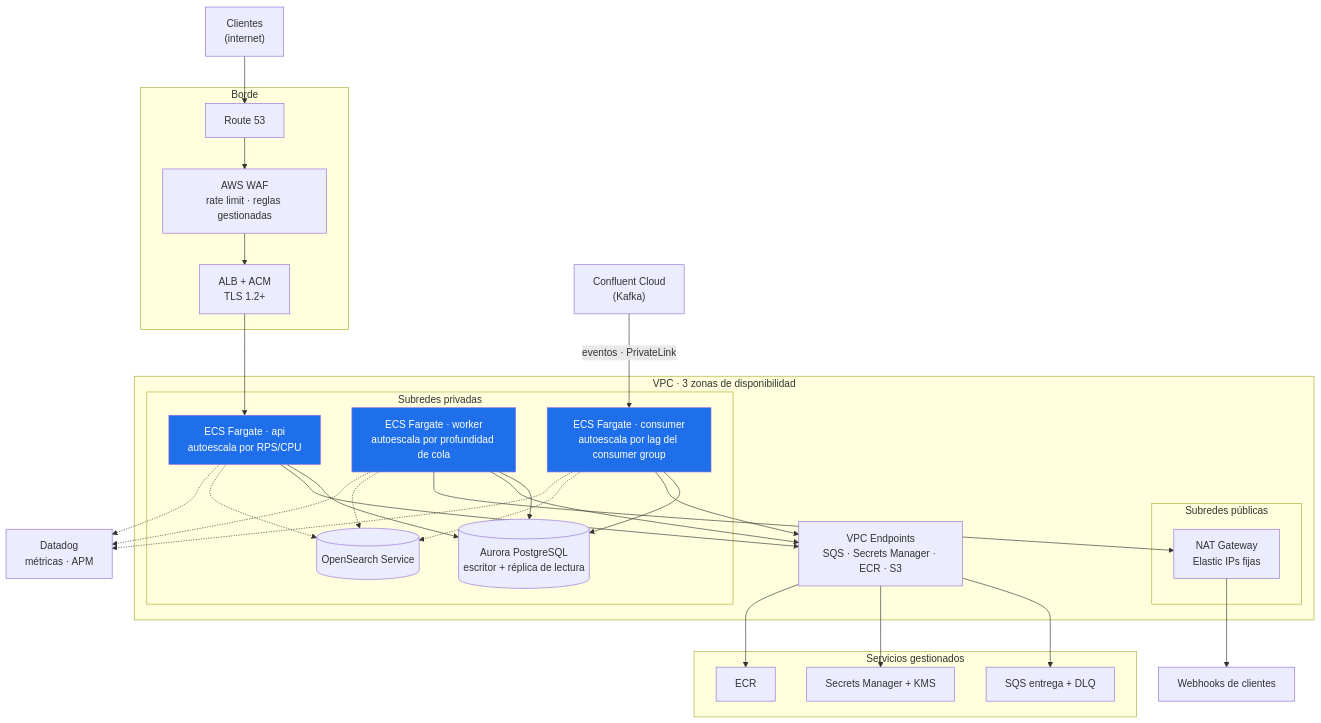
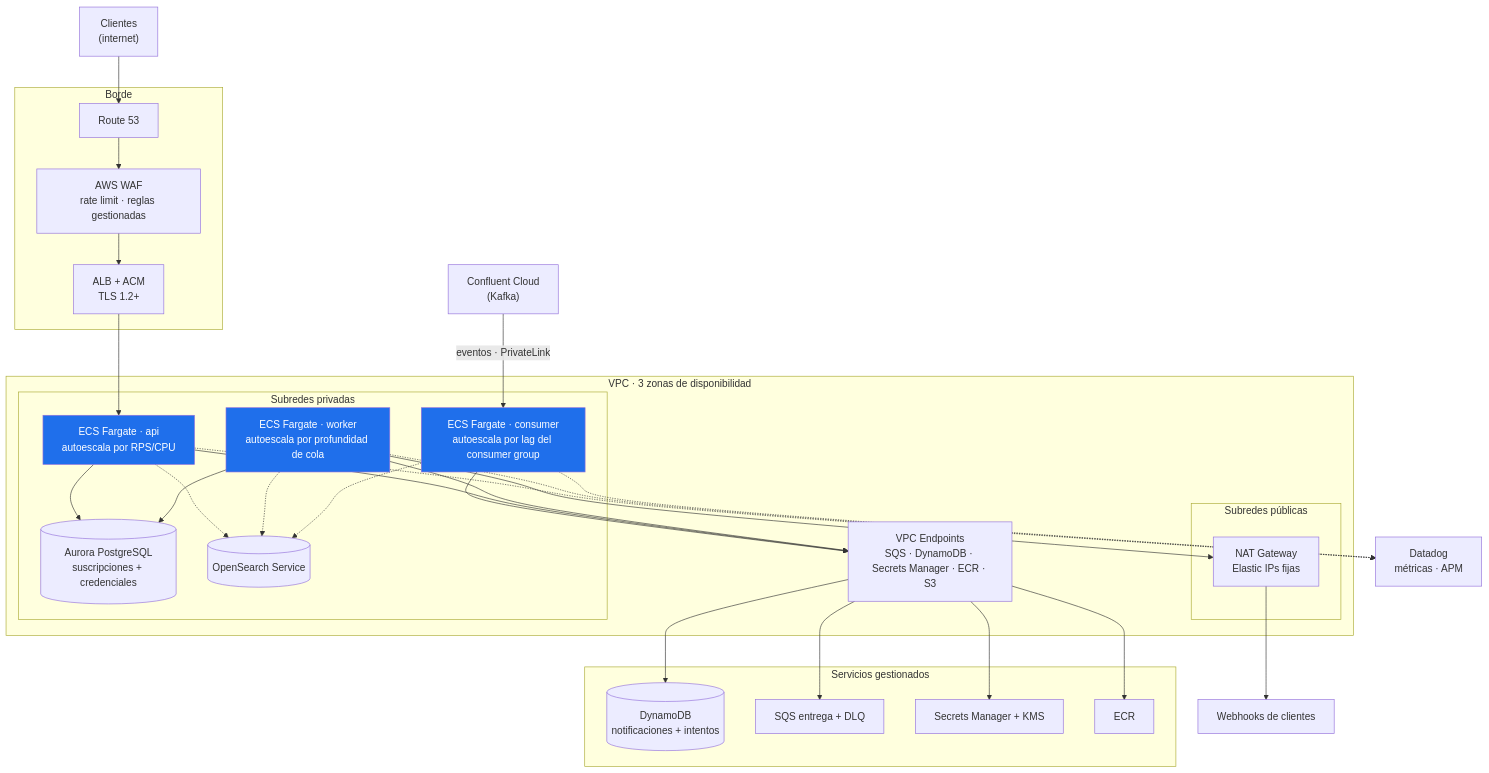
One commit to ssalaza7/cobre-notification-delivery changed the seventh of 7 diagrams in docs/01-diseno-del-sistema.md. Above: the diagram before and after it, drawn with Mermaid. The commit also changed other lines of this file and 4 other files, not shown here.

First line of the commit message:
docs: los diagramas y la documentacion reflejan los dos almacenes

````diff
--- a/docs/01-diseno-del-sistema.md
+++ b/docs/01-diseno-del-sistema.md
@@ -411,56 +419,57 @@
 ```mermaid
 flowchart TB
     users["Clientes<br/>(internet)"]
 
     subgraph edge["Borde"]
         r53["Route 53"]
         waf["AWS WAF<br/>rate limit · reglas gestionadas"]
         alb["ALB + ACM<br/>TLS 1.2+"]
     end
 
     subgraph vpc["VPC · 3 zonas de disponibilidad"]
         subgraph pub["Subredes públicas"]
             nat["NAT Gateway<br/>Elastic IPs fijas"]
         end
         subgraph priv["Subredes privadas"]
             api["ECS Fargate · api<br/>autoescala por RPS/CPU"]
             worker["ECS Fargate · worker<br/>autoescala por profundidad de cola"]
             consumer["ECS Fargate · consumer<br/>autoescala por lag del consumer group"]
-            aurora[("Aurora PostgreSQL<br/>escritor + réplica de lectura")]
+            aurora[("Aurora PostgreSQL<br/>suscripciones + credenciales")]
             os[("OpenSearch Service")]
         end
-        vpce["VPC Endpoints<br/>SQS · Secrets Manager · ECR · S3"]
+        vpce["VPC Endpoints<br/>SQS · DynamoDB · Secrets Manager · ECR · S3"]
     end
 
     subgraph aws["Servicios gestionados"]
+        ddb[("DynamoDB<br/>notificaciones + intentos")]
         sqs["SQS entrega + DLQ"]
         sm["Secrets Manager + KMS"]
         ecr["ECR"]
     end
 
     confluent["Confluent Cloud<br/>(Kafka)"]
     hooks["Webhooks de clientes"]
     dd["Datadog<br/>métricas · APM"]
 
     users --> r53 --> waf --> alb --> api
     confluent -- "eventos · PrivateLink" --> consumer
-    consumer --> aurora
     consumer --> vpce
     api --> aurora
     worker --> aurora
     api --> vpce --> sqs
     worker --> vpce
+    vpce --> ddb
     vpce --> sm
     vpce --> ecr
     worker --> nat --> hooks
     api -.-> os
     worker -.-> os
     consumer -.-> os
     api -.-> dd
     worker -.-> dd
     consumer -.-> dd
 
     style api fill:#1f6feb,color:#fff
     style worker fill:#1f6feb,color:#fff
     style consumer fill:#1f6feb,color:#fff
 ```
````
